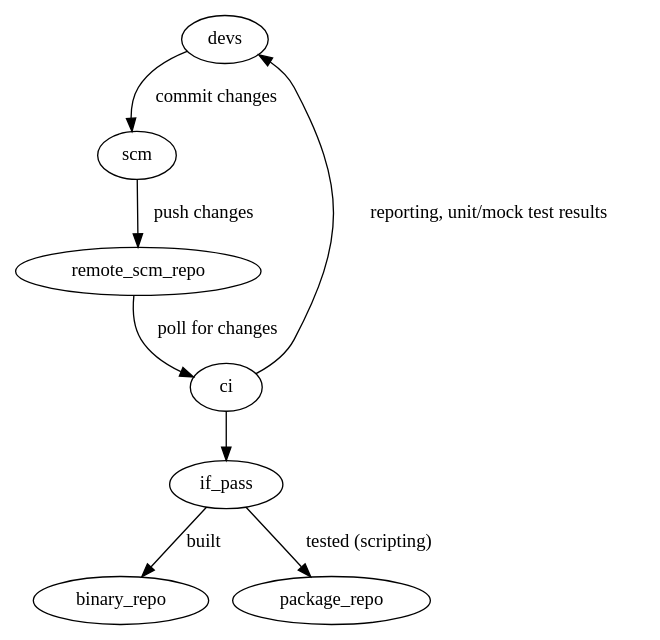
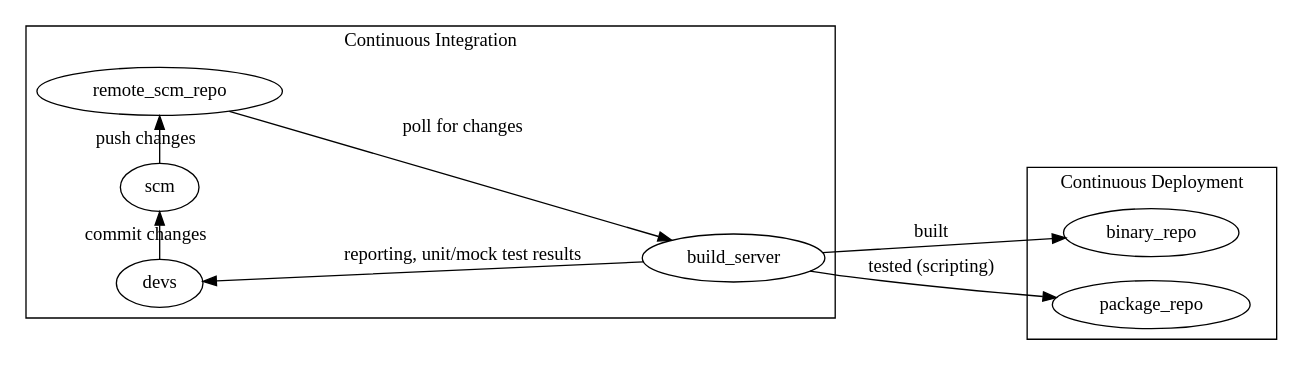
The diagram in research/media/ci.dot (adedomin/cicd-in-dist-env), drawn with Graphviz before and after one commit. The commit also changed 13 other files, not shown here.

```diff
--- a/research/media/ci.dot
+++ b/research/media/ci.dot
@@ -1,10 +1,19 @@
-digraph agraph {
+digraph ci { 
+    
+    rankdir=LR;
+    subgraph cluster_ci {
+        label = "Continuous Integration";
+        devs -> scm [label="commit changes"];
+        scm -> remote_scm_repo [label="push changes"];
+        remote_scm_repo -> build_server [label="poll for changes"];
+        build_server -> devs [label="reporting, unit/mock test results"];
+        {rank=same rankdir=TB scm devs remote_scm_repo};
+    }
+    subgraph cluster_cd {
+        label = "Continuous Deployment";
+        build_server -> binary_repo [label="built"];
+        build_server -> package_repo [label="tested (scripting)"];
+        {rank=same rankdir=TB binary_repo package_repo};
+    }
 
-	devs -> scm [label="commit changes"];
-	scm -> remote_scm_repo [label="push changes"];
-	remote_scm_repo -> ci [label="poll for changes"];
-	ci -> devs [label="reporting, unit/mock test results"];
-	ci -> if_pass; 
-	if_pass -> binary_repo [label="built"];
-	if_pass -> package_repo [label="tested (scripting)"];
 }
```
